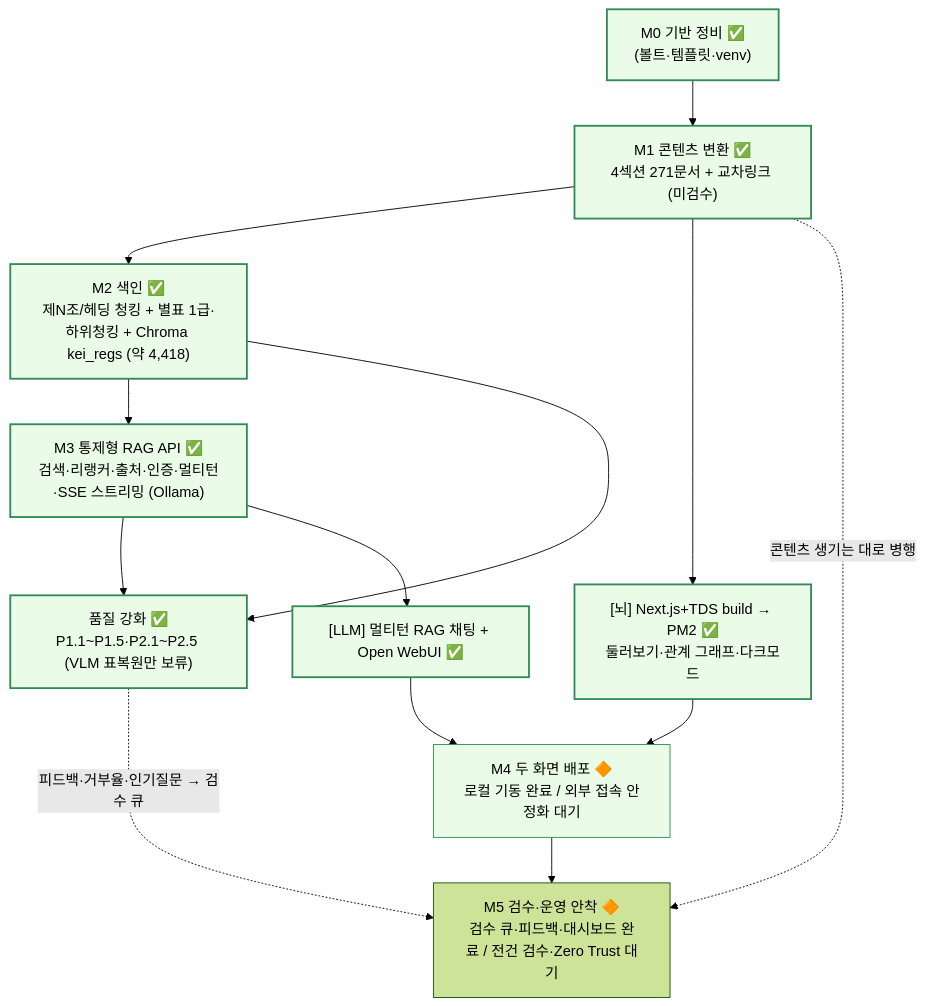
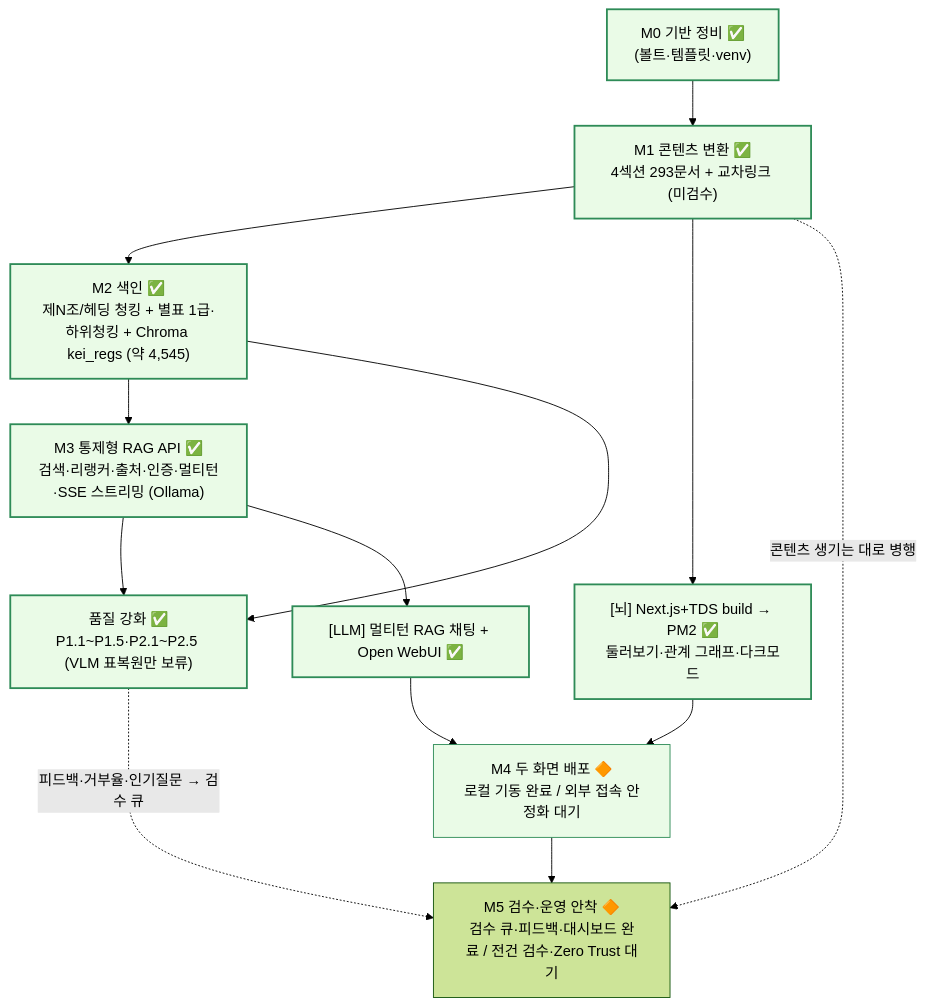
One commit to mooner92/KEIAdminSuperv changed the second of 2 diagrams in docs/08-roadmap.md. Above: the diagram before and after it, drawn with Mermaid (forest theme). The commit also changed other lines of this file and 17 other files, not shown here.

````diff
--- a/docs/08-roadmap.md
+++ b/docs/08-roadmap.md
@@ -102,28 +102,28 @@
 ```mermaid
 flowchart TD
     M0["M0 기반 정비 ✅<br/>(볼트·템플릿·venv)"]
 
-    M0 --> M1["M1 콘텐츠 변환 ✅<br/>4섹션 271문서 + 교차링크 (미검수)"]
-    M1 --> M2["M2 색인 ✅<br/>제N조/헤딩 청킹 + 별표 1급·하위청킹 + Chroma kei_regs (약 4,418)"]
+    M0 --> M1["M1 콘텐츠 변환 ✅<br/>4섹션 293문서 + 교차링크 (미검수)"]
+    M1 --> M2["M2 색인 ✅<br/>제N조/헤딩 청킹 + 별표 1급·하위청킹 + Chroma kei_regs (약 4,545)"]
     M2 --> M3["M3 통제형 RAG API ✅<br/>검색·리랭커·출처·인증·멀티턴·SSE 스트리밍 (Ollama)"]
 
     M2 --> Q["품질 강화 ✅<br/>P1.1~P1.5·P2.1~P2.5 (VLM 표복원만 보류)"]
     M3 --> Q
 
     M1 --> M4b["[뇌] Next.js+TDS build → PM2 ✅<br/>둘러보기·관계 그래프·다크모드"]
     M3 --> M4a["[LLM] 멀티턴 RAG 채팅 + Open WebUI ✅"]
 
     M4a --> M4["M4 두 화면 배포 🔶<br/>로컬 기동 완료 / 외부 접속 안정화 대기"]
     M4b --> M4
     M4 --> M5["M5 검수·운영 안착 🔶<br/>검수 큐·피드백·대시보드 완료 / 전건 검수·Zero Trust 대기"]
     Q -. "피드백·거부율·인기질문 → 검수 큐" .-> M5
 
     M1 -. "콘텐츠 생기는 대로 병행" .-> M5
 
     classDef core fill:#e8f0ff,stroke:#3366cc,stroke-width:1px;
     classDef screen fill:#eafbe7,stroke:#2e8b57,stroke-width:1px;
     classDef done fill:#eafbe7,stroke:#2e8b57,stroke-width:2px;
     class M0,M1,M2,M3 core;
     class M4a,M4b,M4 screen;
     class M0,M1,M2,M3,M4a,M4b,Q done;
 ```
````
